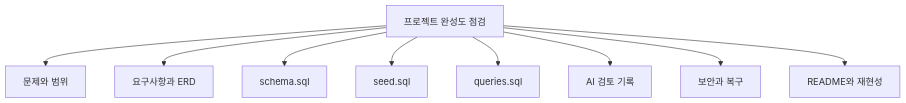
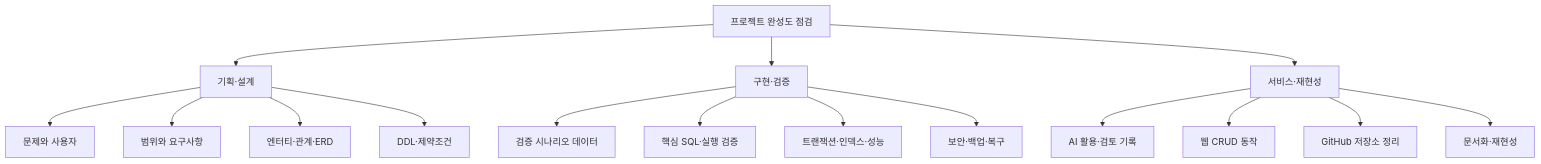
Before and after one commit to GilbertMoon/ai-database-book: the diagram in images/chapter15/ch15_08_completion_checklist.mmd, drawn with Mermaid.

Commit message:
Refine chapter 15 completion checklist source

```diff
--- a/images/chapter15/ch15_08_completion_checklist.mmd
+++ b/images/chapter15/ch15_08_completion_checklist.mmd
@@ -1,10 +1,19 @@
 flowchart TB
-    A[프로젝트 완성도 점검]
-    A --> B[문제와 범위]
-    A --> C[요구사항과 ERD]
-    A --> D[schema.sql]
-    A --> E[seed.sql]
-    A --> F[queries.sql]
-    A --> G[AI 검토 기록]
-    A --> H[보안과 복구]
-    A --> I[README와 재현성]
+    A[프로젝트 완성도 점검] --> B[기획·설계]
+    A --> C[구현·검증]
+    A --> D[서비스·재현성]
+
+    B --> B1[문제와 사용자]
+    B --> B2[범위와 요구사항]
+    B --> B3[엔터티·관계·ERD]
+    B --> B4[DDL·제약조건]
+
+    C --> C1[검증 시나리오 데이터]
+    C --> C2[핵심 SQL·실행 검증]
+    C --> C3[트랜잭션·인덱스·성능]
+    C --> C4[보안·백업·복구]
+
+    D --> D1[AI 활용·검토 기록]
+    D --> D2[웹 CRUD 동작]
+    D --> D3[GitHub 저장소 정리]
+    D --> D4[문서화·재현성]
```
